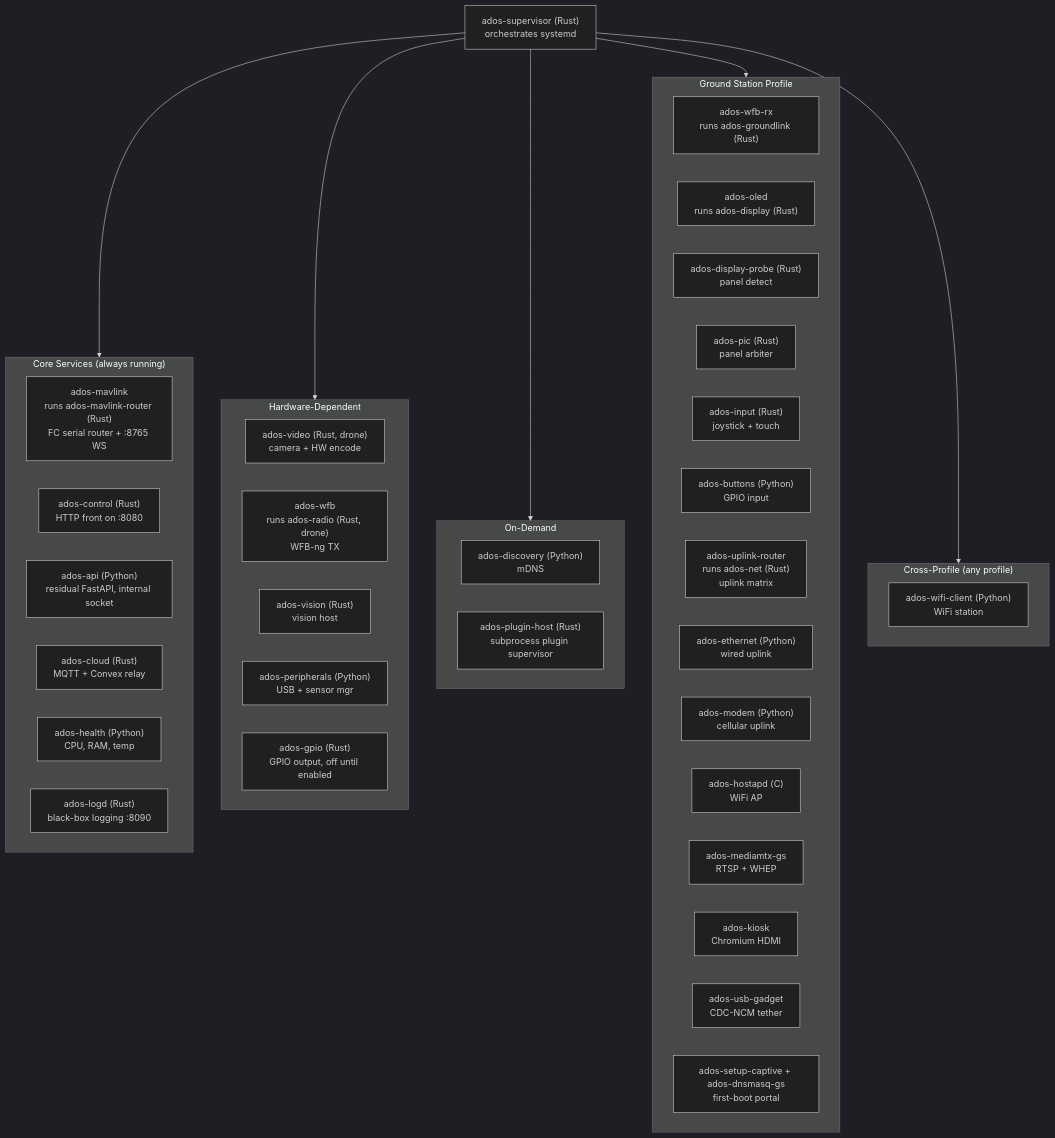
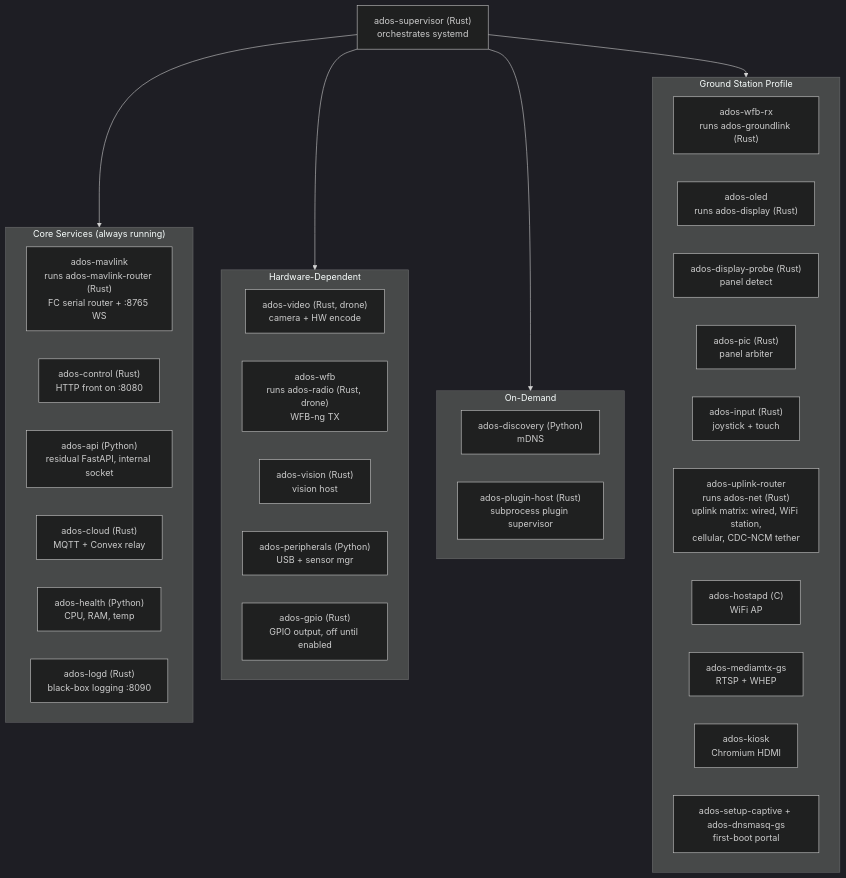
Before and after one commit to altnautica/Documentation: the diagram in architecture/agent-services.mdx, drawn with Mermaid. The commit also changed other lines of this file and 12 other files, not shown here.

````diff
--- a/architecture/agent-services.mdx
+++ b/architecture/agent-services.mdx
@@ -26,54 +26,45 @@
 ```mermaid
 %%{init: {'theme': 'dark'}}%%
 flowchart TB
     Supervisor["ados-supervisor (Rust)<br/>orchestrates systemd"]
 
     subgraph Core["Core Services (always running)"]
         MAVLink["ados-mavlink<br/>runs ados-mavlink-router (Rust)<br/>FC serial router + :8765 WS"]
         Control["ados-control (Rust)<br/>HTTP front on :8080"]
         API["ados-api (Python)<br/>residual FastAPI, internal socket"]
         Cloud["ados-cloud (Rust)<br/>MQTT + Convex relay"]
         Health["ados-health (Python)<br/>CPU, RAM, temp"]
         Logd["ados-logd (Rust)<br/>black-box logging :8090"]
     end
 
     subgraph HW["Hardware-Dependent"]
         Video["ados-video (Rust, drone)<br/>camera + HW encode"]
         WFB["ados-wfb<br/>runs ados-radio (Rust, drone)<br/>WFB-ng TX"]
         Vision["ados-vision (Rust)<br/>vision host"]
         Sensors["ados-peripherals (Python)<br/>USB + sensor mgr"]
         GPIO["ados-gpio (Rust)<br/>GPIO output, off until enabled"]
     end
 
     subgraph OnDemand["On-Demand"]
         Discovery["ados-discovery (Python)<br/>mDNS"]
         Plugins["ados-plugin-host (Rust)<br/>subprocess plugin supervisor"]
     end
 
     subgraph GroundOnly["Ground Station Profile"]
         WFBRX["ados-wfb-rx<br/>runs ados-groundlink (Rust)"]
         OLED["ados-oled<br/>runs ados-display (Rust)"]
         DispProbe["ados-display-probe (Rust)<br/>panel detect"]
         PIC["ados-pic (Rust)<br/>panel arbiter"]
         Input["ados-input (Rust)<br/>joystick + touch"]
-        Buttons["ados-buttons (Python)<br/>GPIO input"]
-        Uplink["ados-uplink-router<br/>runs ados-net (Rust)<br/>uplink matrix"]
-        Ethernet["ados-ethernet (Python)<br/>wired uplink"]
-        Modem["ados-modem (Python)<br/>cellular uplink"]
+        Uplink["ados-uplink-router<br/>runs ados-net (Rust)<br/>uplink matrix: wired, WiFi station,<br/>cellular, CDC-NCM tether"]
         HostAP["ados-hostapd (C)<br/>WiFi AP"]
         MediaMTXGS["ados-mediamtx-gs<br/>RTSP + WHEP"]
         Kiosk["ados-kiosk<br/>Chromium HDMI"]
-        USBGadget["ados-usb-gadget<br/>CDC-NCM tether"]
         Captive["ados-setup-captive + ados-dnsmasq-gs<br/>first-boot portal"]
-    end
-
-    subgraph CrossProfile["Cross-Profile (any profile)"]
-        WiFiClient["ados-wifi-client (Python)<br/>WiFi station"]
     end
 
     Supervisor --> Core
     Supervisor --> HW
     Supervisor --> OnDemand
     Supervisor --> GroundOnly
-    Supervisor --> CrossProfile
 ```
````
